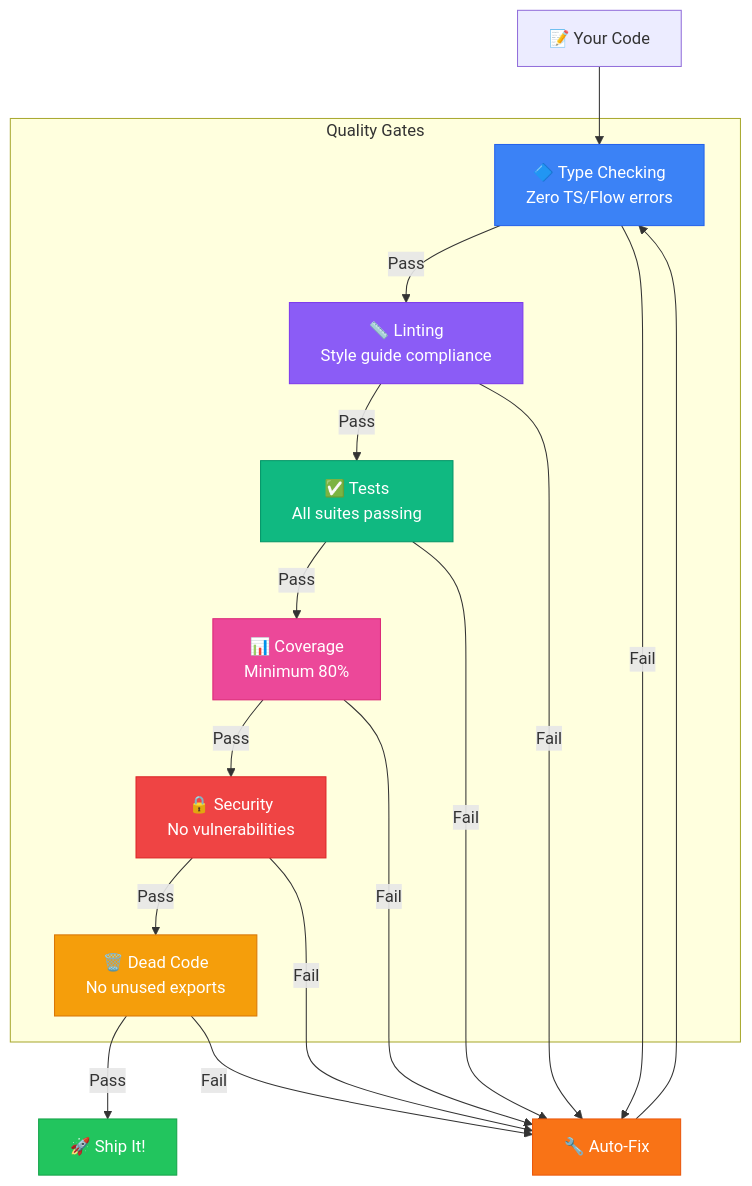
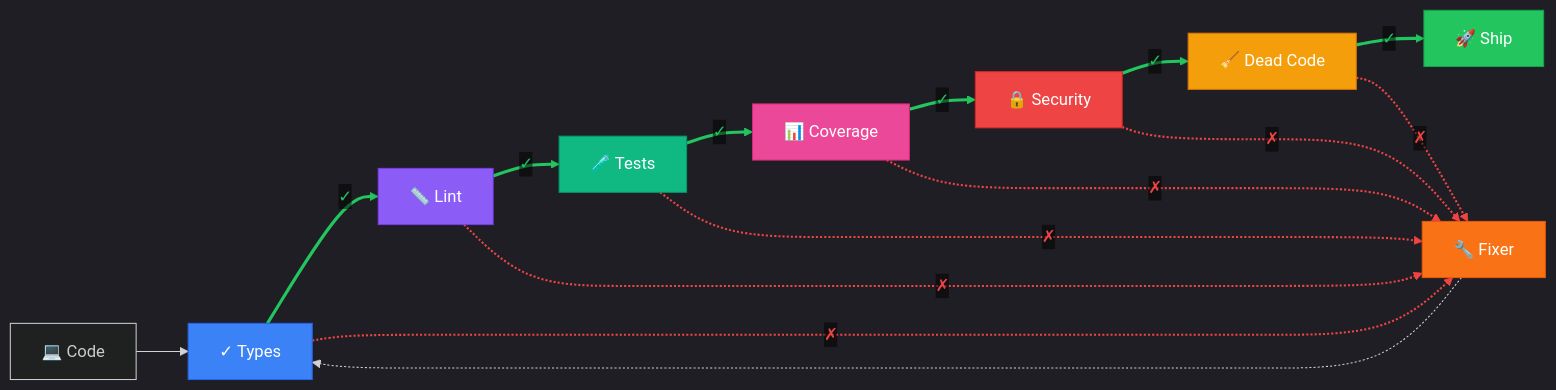
The third of 3 diagrams in docs/pages/getting-started/overview.mdx (itz4blitz/agentful), drawn with Mermaid before and after one commit. The commit also changed other lines of this file and 233 other files, not shown here.

````diff
--- a/docs/pages/getting-started/overview.mdx
+++ b/docs/pages/getting-started/overview.mdx
@@ -203,37 +275,31 @@
 ```mermaid
-graph TB
-    subgraph Quality Gates
-        G1[🔷 Type Checking<br/>Zero TS/Flow errors]
-        G2[📏 Linting<br/>Style guide compliance]
-        G3[✅ Tests<br/>All suites passing]
-        G4[📊 Coverage<br/>Minimum 80%]
-        G5[🔒 Security<br/>No vulnerabilities]
-        G6[🗑️ Dead Code<br/>No unused exports]
-    end
+%%{init: {'theme':'dark', 'themeVariables': { 'edgeLabelBackground':'transparent'}}}%%
+graph LR
+    Code["💻 Code"] --> G1["✓ Types"]
+    G1 -->|✓| G2["📏 Lint"]
+    G2 -->|✓| G3["🧪 Tests"]
+    G3 -->|✓| G4["📊 Coverage"]
+    G4 -->|✓| G5["🔒 Security"]
+    G5 -->|✓| G6["🧹 Dead Code"]
+    G6 -->|✓| Ship["🚀 Ship"]
 
-    Code[📝 Your Code] --> G1
-    G1 -->|Pass| G2
-    G2 -->|Pass| G3
-    G3 -->|Pass| G4
-    G4 -->|Pass| G5
-    G5 -->|Pass| G6
-    G6 -->|Pass| Ship[🚀 Ship It!]
-
-    G1 -->|Fail| Fixer[🔧 Auto-Fix]
-    G2 -->|Fail| Fixer
-    G3 -->|Fail| Fixer
-    G4 -->|Fail| Fixer
-    G5 -->|Fail| Fixer
-    G6 -->|Fail| Fixer
-
-    Fixer --> G1
+    G1 -.->|✗| Fixer["🔧 Fixer"]
+    G2 -.->|✗| Fixer
+    G3 -.->|✗| Fixer
+    G4 -.->|✗| Fixer
+    G5 -.->|✗| Fixer
+    G6 -.->|✗| Fixer
+    Fixer -.-> G1
 
     style G1 fill:#3b82f6,stroke:#2563eb,color:#fff
     style G2 fill:#8b5cf6,stroke:#7c3aed,color:#fff
     style G3 fill:#10b981,stroke:#059669,color:#fff
     style G4 fill:#ec4899,stroke:#db2777,color:#fff
     style G5 fill:#ef4444,stroke:#dc2626,color:#fff
     style G6 fill:#f59e0b,stroke:#d97706,color:#fff
     style Ship fill:#22c55e,stroke:#16a34a,color:#fff
     style Fixer fill:#f97316,stroke:#ea580c,color:#fff
+
+    linkStyle 1,2,3,4,5,6 stroke:#22c55e,stroke-width:3px,color:#22c55e
+    linkStyle 7,8,9,10,11,12 stroke:#ef4444,stroke-width:2px,color:#ef4444
 ```
````
